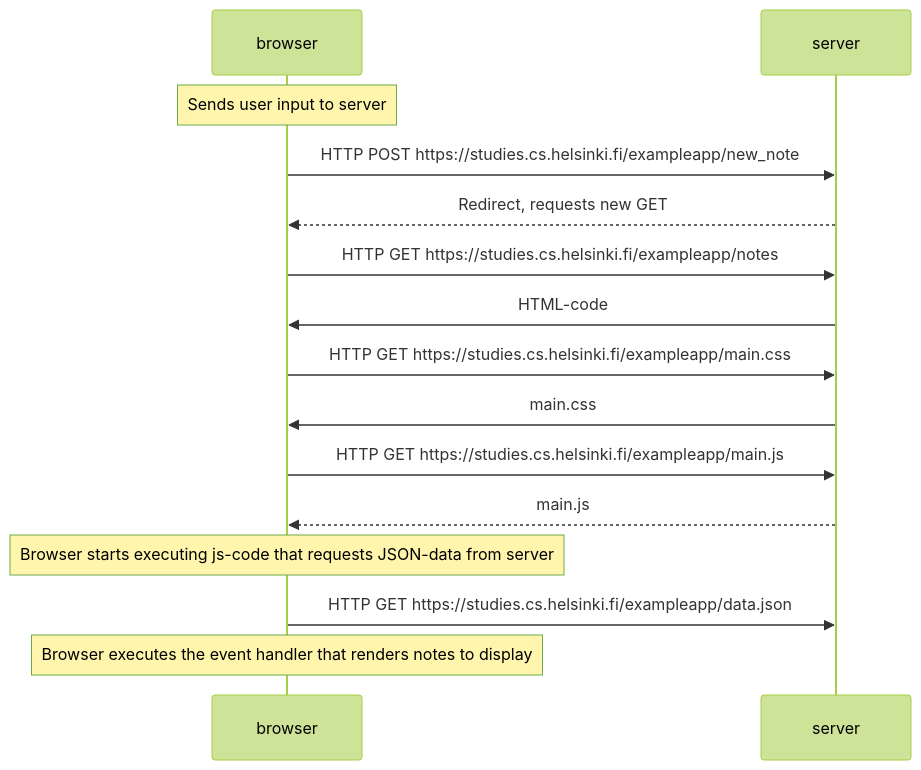
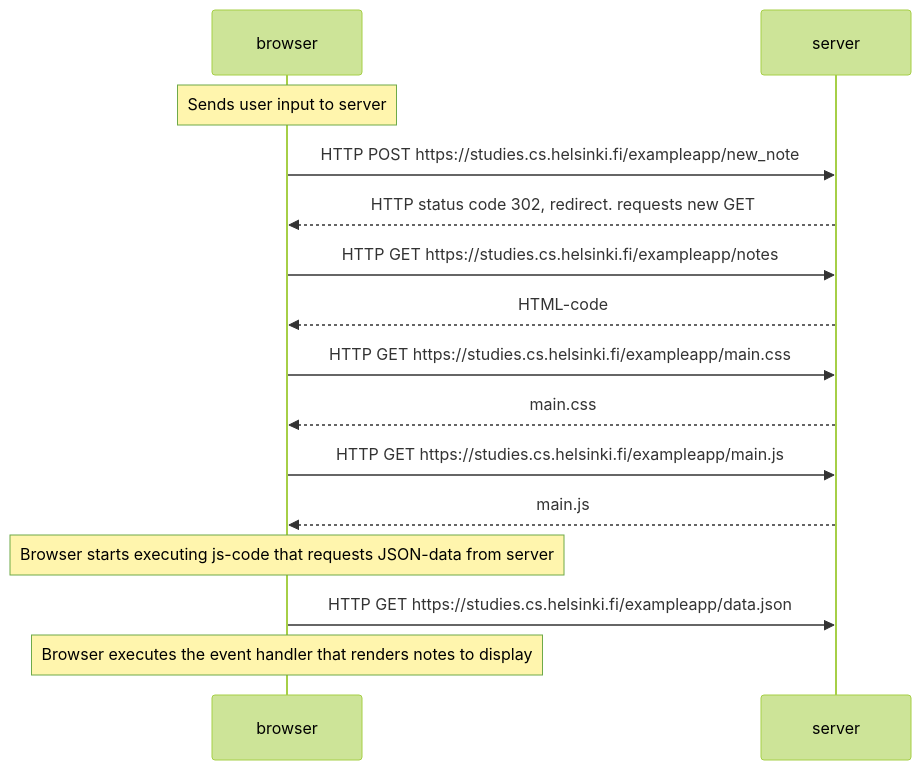
Before and after one commit to Lawblo/fullstackopen: the diagram in exercises/part0/04.md, drawn with Mermaid (forest theme). The commit also changed other lines of this file and 2 other files, not shown here.

Commit message:
started 05

````diff
--- a/exercises/part0/04.md
+++ b/exercises/part0/04.md
@@ -3,15 +3,15 @@
 ```mermaid
 sequenceDiagram
     note over browser: Sends user input to server
     browser->>server: HTTP POST https://studies.cs.helsinki.fi/exampleapp/new_note
-    server-->>browser: Redirect, requests new GET
+    server-->>browser: HTTP status code 302, redirect. requests new GET
     browser->>server: HTTP GET https://studies.cs.helsinki.fi/exampleapp/notes
-    server->>browser: HTML-code
+    server-->>browser: HTML-code
     browser->>server: HTTP GET https://studies.cs.helsinki.fi/exampleapp/main.css
-    server->>browser: main.css
+    server-->>browser: main.css
     browser->>server: HTTP GET https://studies.cs.helsinki.fi/exampleapp/main.js
     server-->>browser: main.js
     note over browser: Browser starts executing js-code that requests JSON-data from server
     browser->>server: HTTP GET https://studies.cs.helsinki.fi/exampleapp/data.json
     note over browser: Browser executes the event handler that renders notes to display
 ```
````
